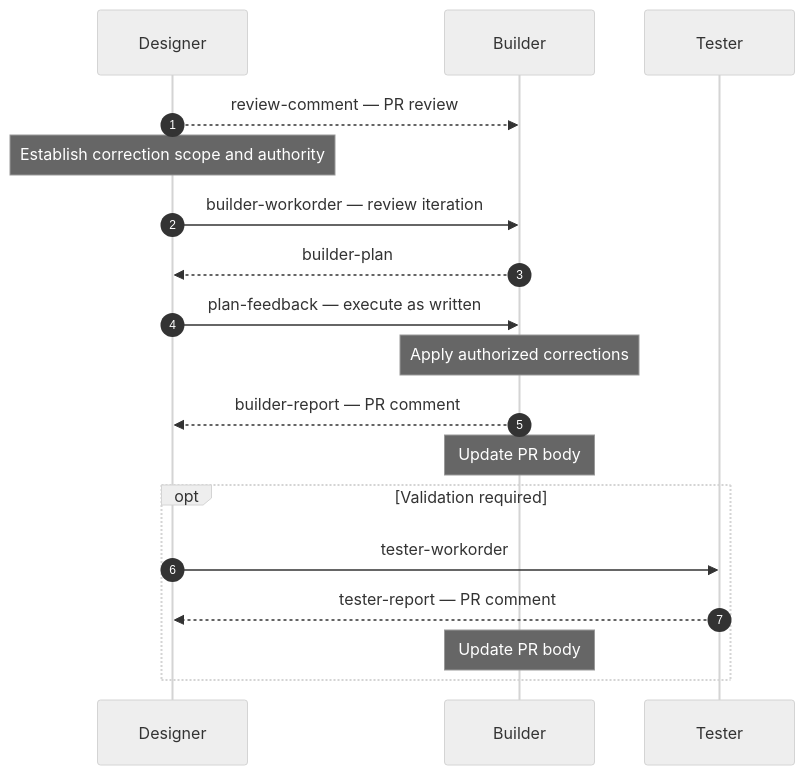
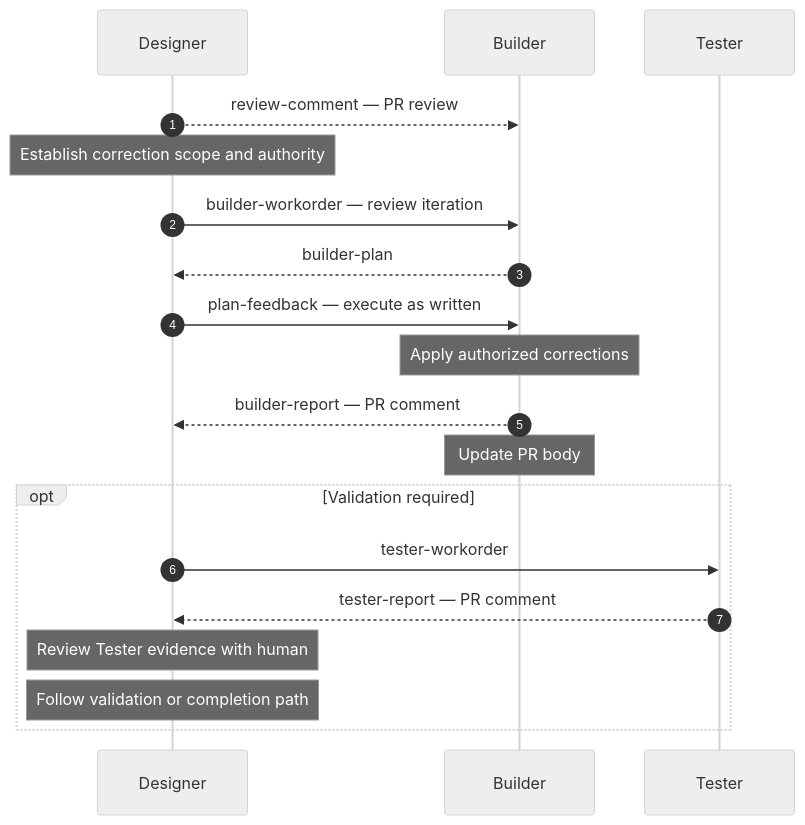
The fifth of 6 diagrams in skills/agent-workflow/references/master-workflow.md (iamthenop/infurnet-skills), drawn with Mermaid (neutral theme) before and after one commit. The commit also changed other lines of this file and 12 other files, not shown here.

````diff
--- a/skills/agent-workflow/references/master-workflow.md
+++ b/skills/agent-workflow/references/master-workflow.md
@@ -190,27 +266,28 @@
 ```mermaid
 sequenceDiagram
     autonumber
 
     participant D as Designer
     participant B as Builder
     participant T as Tester
 
     D-->>B: review-comment — PR review
 
     Note over D: Establish correction scope and authority
 
     D->>B: builder-workorder — review iteration
     B-->>D: builder-plan
     D->>B: plan-feedback — execute as written
 
     Note over B: Apply authorized corrections
 
     B-->>D: builder-report — PR comment
     Note over B: Update PR body
 
     opt Validation required
         D->>T: tester-workorder
         T-->>D: tester-report — PR comment
-        Note over B: Update PR body
+        Note over D: Review Tester evidence with human
+        Note over D: Follow validation or completion path
     end
 ```
````
